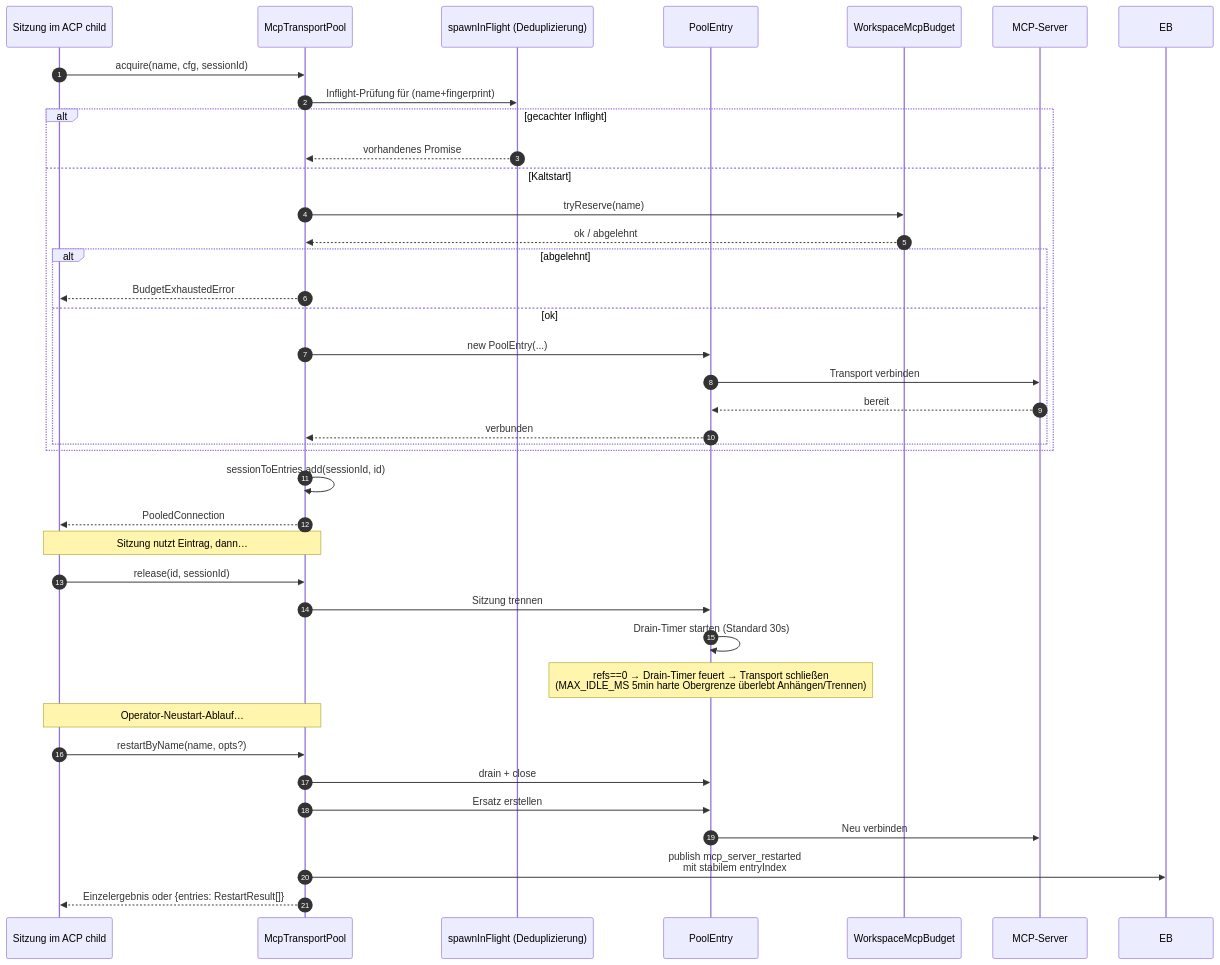
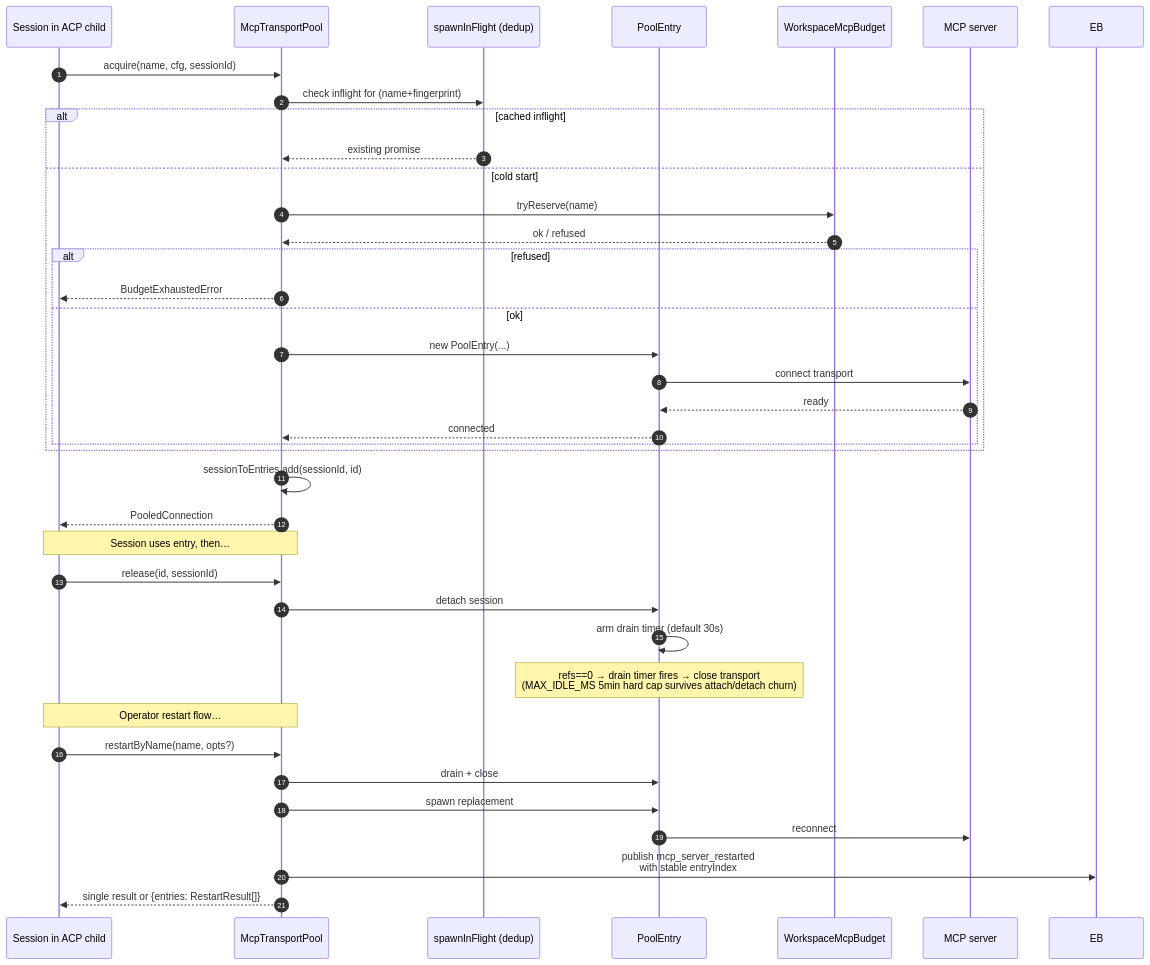
The sixth of 7 diagrams in website/content/de/developers/daemon/01-architecture.md (QwenLM/qwen-code-docs), drawn with Mermaid before and after one commit. The commit also changed other lines of this file and 1077 other files, not shown here.

````diff
--- a/website/content/de/developers/daemon/01-architecture.md
+++ b/website/content/de/developers/daemon/01-architecture.md
@@ -247,44 +248,44 @@
 ```mermaid
 sequenceDiagram
     autonumber
-    participant S as Sitzung im ACP child
+    participant S as Session in ACP child
     participant P as McpTransportPool
-    participant SIF as spawnInFlight (Deduplizierung)
+    participant SIF as spawnInFlight (dedup)
     participant E as PoolEntry
     participant BDG as WorkspaceMcpBudget
-    participant SRV as MCP-Server
+    participant SRV as MCP server
 
     S->>P: acquire(name, cfg, sessionId)
-    P->>SIF: Inflight-Prüfung für (name+fingerprint)
-    alt gecachter Inflight
-        SIF-->>P: vorhandenes Promise
-    else Kaltstart
+    P->>SIF: check inflight for (name+fingerprint)
+    alt cached inflight
+        SIF-->>P: existing promise
+    else cold start
         P->>BDG: tryReserve(name)
-        BDG-->>P: ok / abgelehnt
-        alt abgelehnt
+        BDG-->>P: ok / refused
+        alt refused
             P-->>S: BudgetExhaustedError
         else ok
             P->>E: new PoolEntry(...)
-            E->>SRV: Transport verbinden
-            SRV-->>E: bereit
-            E-->>P: verbunden
+            E->>SRV: connect transport
+            SRV-->>E: ready
+            E-->>P: connected
         end
     end
     P->>P: sessionToEntries.add(sessionId, id)
     P-->>S: PooledConnection
 
-    Note over S,P: Sitzung nutzt Eintrag, dann…
+    Note over S,P: Session uses entry, then…
 
     S->>P: release(id, sessionId)
-    P->>E: Sitzung trennen
-    E->>E: Drain-Timer starten (Standard 30s)
-    Note over E: refs==0 → Drain-Timer feuert → Transport schließen<br/>(MAX_IDLE_MS 5min harte Obergrenze überlebt Anhängen/Trennen)
+    P->>E: detach session
+    E->>E: arm drain timer (default 30s)
+    Note over E: refs==0 → drain timer fires → close transport<br/>(MAX_IDLE_MS 5min hard cap survives attach/detach churn)
 
-    Note over S,P: Operator-Neustart-Ablauf…
+    Note over S,P: Operator restart flow…
     S->>P: restartByName(name, opts?)
     P->>E: drain + close
-    P->>E: Ersatz erstellen
-    E->>SRV: Neu verbinden
-    P->>EB: publish mcp_server_restarted<br/>mit stabilem entryIndex
-    P-->>S: Einzelergebnis oder {entries: RestartResult[]}
+    P->>E: spawn replacement
+    E->>SRV: reconnect
+    P->>EB: publish mcp_server_restarted<br/>with stable entryIndex
+    P-->>S: single result or {entries: RestartResult[]}
 ```
````
